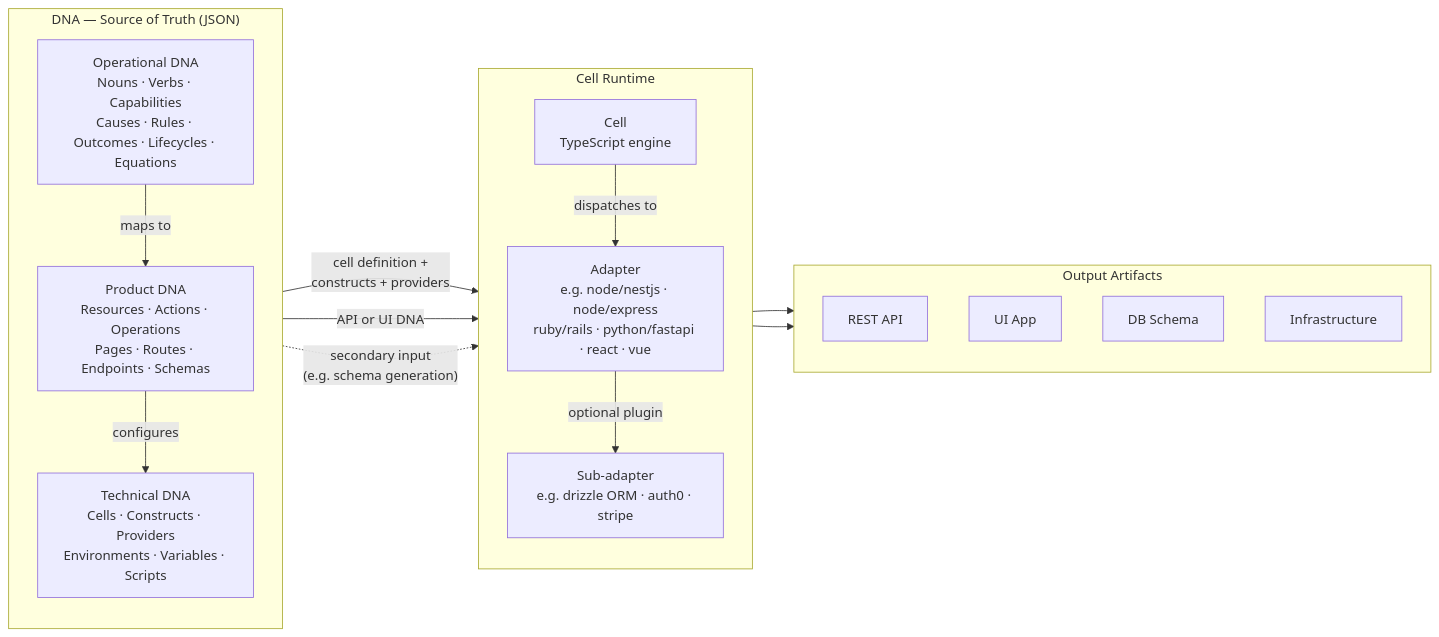
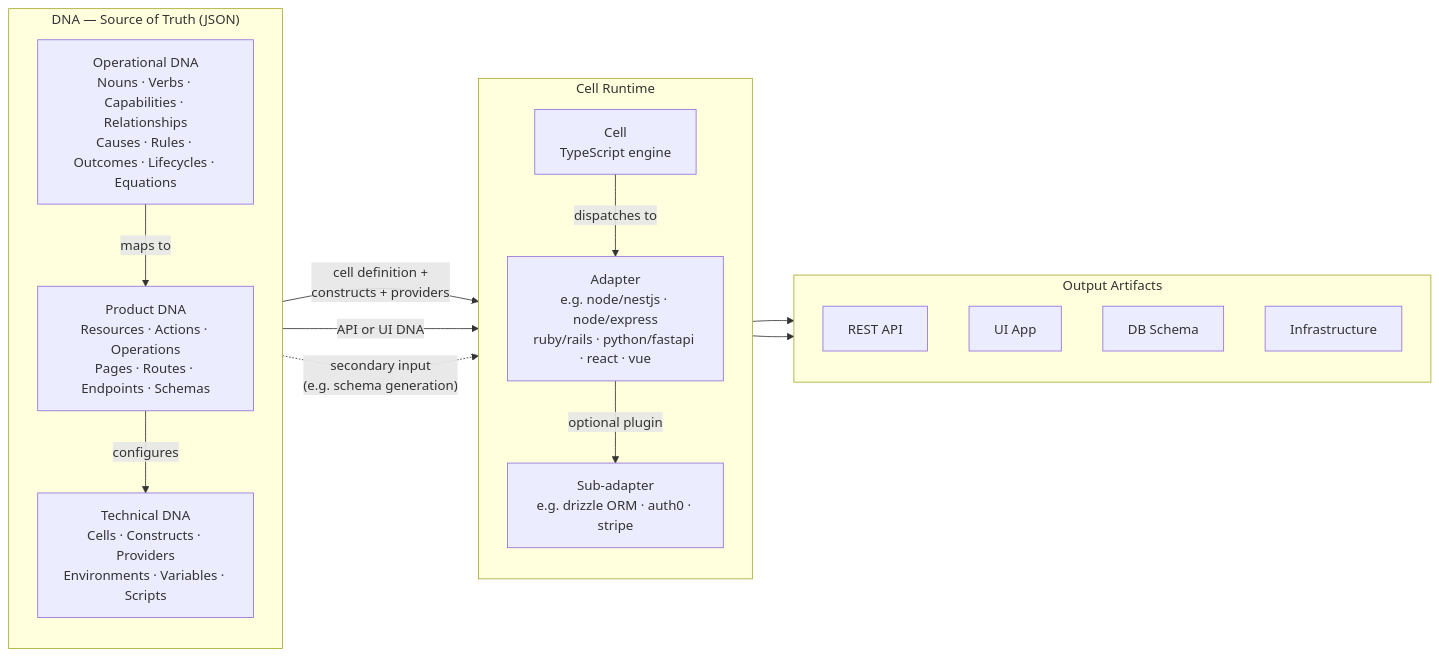
Before and after one commit to upgrade-solutions/cell-based-architecture: the diagram in README.md, drawn with Mermaid. The commit also changed other lines of this file and 6 other files, not shown here.

First line of the commit message:
Add Relationship primitive to Operational DNA

````diff
--- a/README.md
+++ b/README.md
@@ -184,34 +185,34 @@
 ```mermaid
 flowchart LR
     subgraph Layers["DNA — Source of Truth (JSON)"]
         direction TB
-        OP["Operational DNA\nNouns · Verbs · Capabilities\nCauses · Rules · Outcomes · Lifecycles · Equations"]
+        OP["Operational DNA\nNouns · Verbs · Capabilities · Relationships\nCauses · Rules · Outcomes · Lifecycles · Equations"]
         PROD["Product DNA\nResources · Actions · Operations\nPages · Routes · Endpoints · Schemas"]
         TECH["Technical DNA\nCells · Constructs · Providers\nEnvironments · Variables · Scripts"]
         OP -->|"maps to"| PROD
         PROD -->|"configures"| TECH
     end
 
     subgraph CellRuntime["Cell Runtime"]
         direction TB
         CELL["Cell\nTypeScript engine"]
         ADAPTER["Adapter\ne.g. node/nestjs · node/express\nruby/rails · python/fastapi · react · vue"]
         SUBADAPTER["Sub-adapter\ne.g. drizzle ORM · auth0 · stripe"]
         CELL -->|"dispatches to"| ADAPTER
         ADAPTER -->|"optional plugin"| SUBADAPTER
     end
 
     TECH -->|"cell definition +\nconstructs + providers"| CELL
     PROD -->|"API or UI DNA"| CELL
     OP -.->|"secondary input\n(e.g. schema generation)"| CELL
 
     subgraph Artifacts["Output Artifacts"]
         API["REST API"]
         UI["UI App"]
         DB["DB Schema"]
         INFRA["Infrastructure"]
     end
 
     ADAPTER --> Artifacts
     SUBADAPTER --> Artifacts
 ```
````
